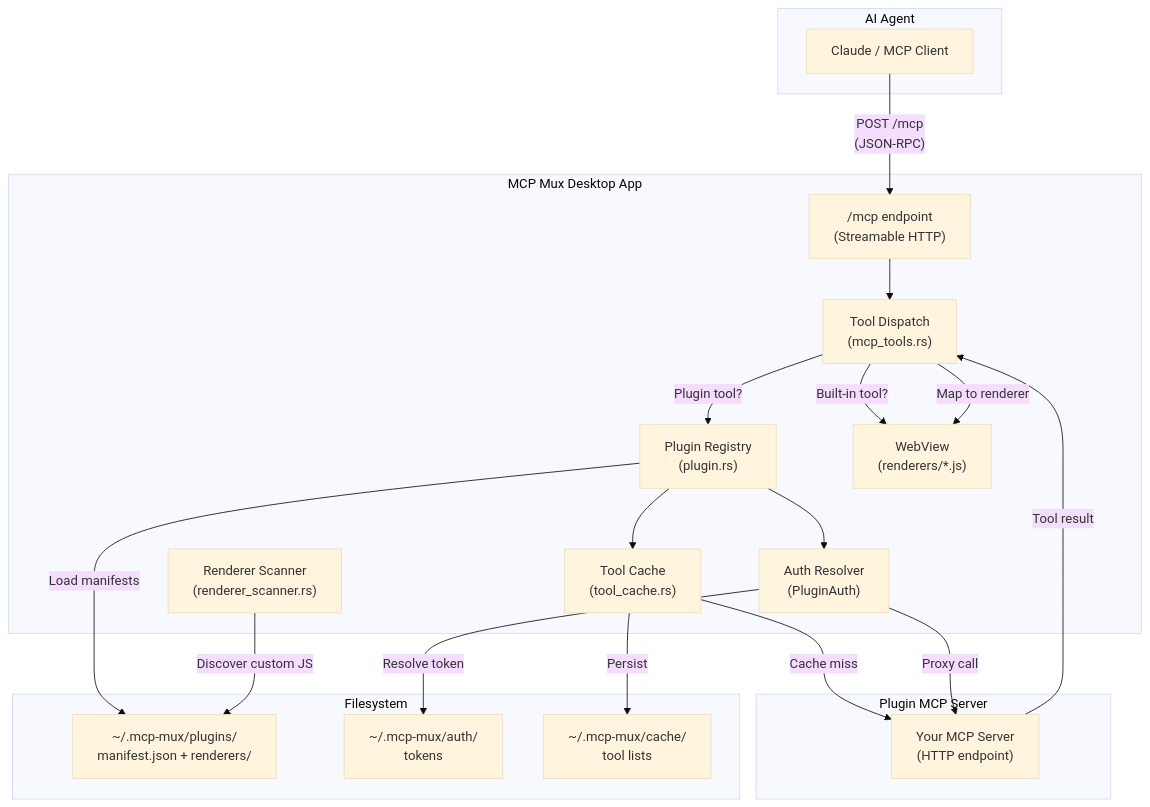
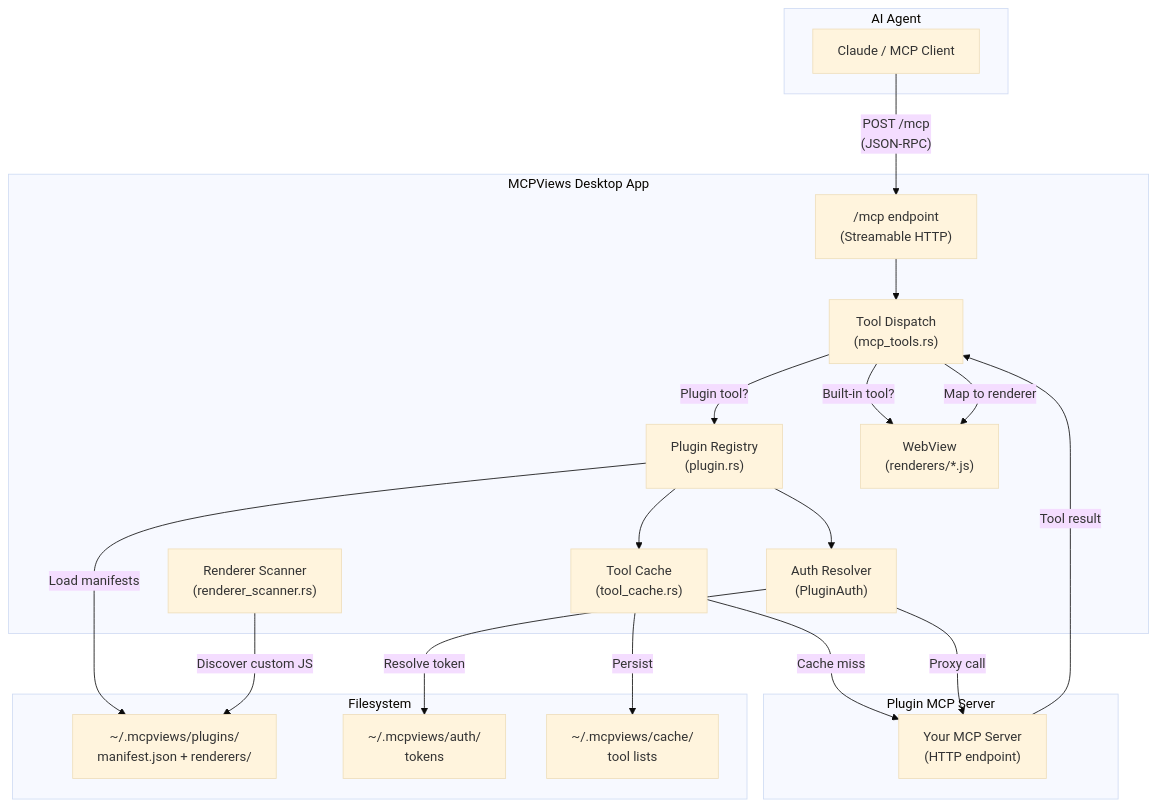
One commit to DeeJanuz/mcp-mux changed the first of 2 diagrams in docs/plugin-development.md. Above: the diagram before and after it, drawn with Mermaid (base theme). The commit also changed other lines of this file and 42 other files, not shown here.

First line of the commit message:
Rename mcp-mux to mcpviews and add dynamic renderer discovery

````diff
--- a/docs/plugin-development.md
+++ b/docs/plugin-development.md
@@ -7,41 +7,41 @@
 ```mermaid
 graph TD
     subgraph "AI Agent"
         A[Claude / MCP Client]
     end
 
-    subgraph "MCP Mux Desktop App"
+    subgraph "MCPViews Desktop App"
         B["/mcp endpoint<br/>(Streamable HTTP)"]
         C["Tool Dispatch<br/>(mcp_tools.rs)"]
         D["Plugin Registry<br/>(plugin.rs)"]
         E["Tool Cache<br/>(tool_cache.rs)"]
         F["Renderer Scanner<br/>(renderer_scanner.rs)"]
         G["Auth Resolver<br/>(PluginAuth)"]
         H["WebView<br/>(renderers/*.js)"]
     end
 
     subgraph "Plugin MCP Server"
         I["Your MCP Server<br/>(HTTP endpoint)"]
     end
 
     subgraph "Filesystem"
-        J["~/.mcp-mux/plugins/<br/>manifest.json + renderers/"]
-        K["~/.mcp-mux/auth/<br/>tokens"]
-        L["~/.mcp-mux/cache/<br/>tool lists"]
+        J["~/.mcpviews/plugins/<br/>manifest.json + renderers/"]
+        K["~/.mcpviews/auth/<br/>tokens"]
+        L["~/.mcpviews/cache/<br/>tool lists"]
     end
 
     A -->|"POST /mcp<br/>(JSON-RPC)"| B
     B --> C
     C -->|"Built-in tool?"| H
     C -->|"Plugin tool?"| D
     D --> E
     E -->|"Cache miss"| I
     D --> G
     G -->|"Resolve token"| K
     G -->|"Proxy call"| I
     I -->|"Tool result"| C
     C -->|"Map to renderer"| H
     D -->|"Load manifests"| J
     E -->|"Persist"| L
     F -->|"Discover custom JS"| J
 ```
````
